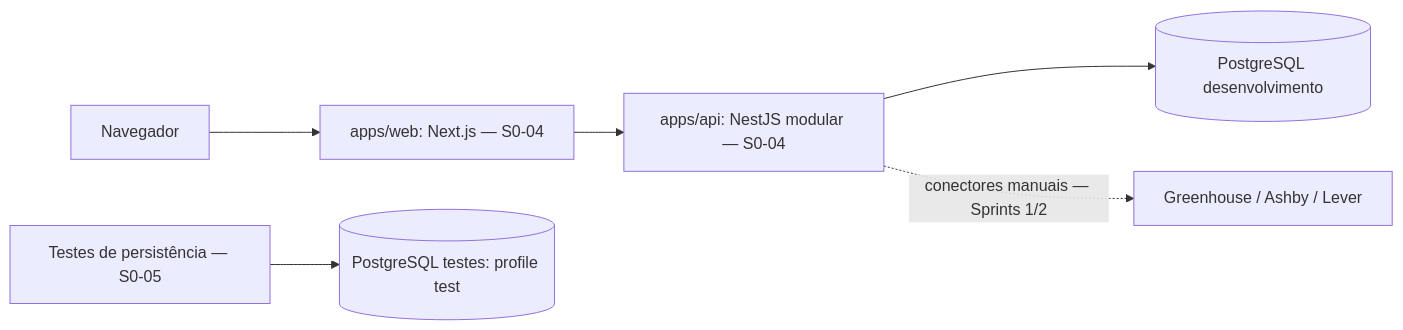
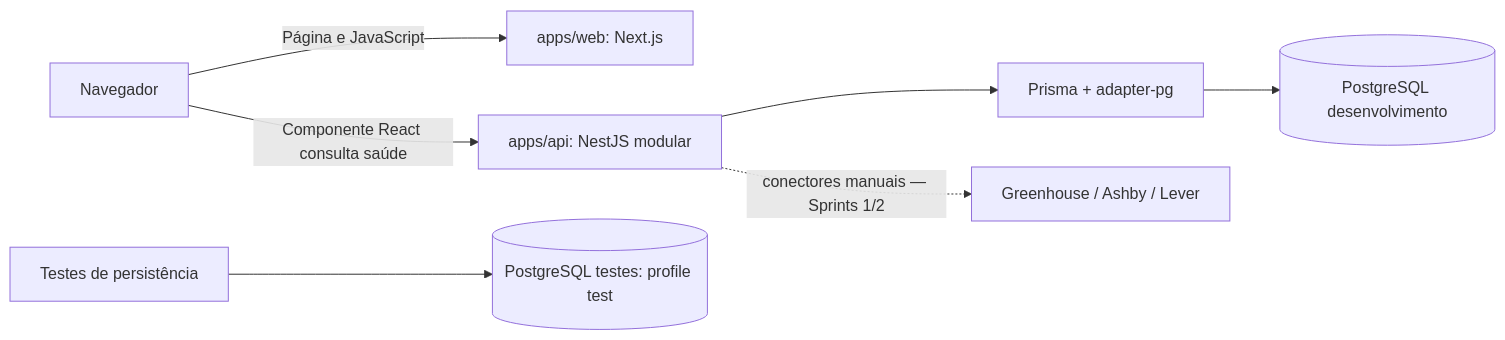
One commit to felipe-rodriguesz/InternRadar changed the diagram in docs/architecture.md. Above: the diagram before and after it, drawn with Mermaid. The commit also changed other lines of this file and 11 other files, not shown here.

````diff
--- a/docs/architecture.md
+++ b/docs/architecture.md
@@ -5,8 +5,9 @@
 ```mermaid
 flowchart LR
-  Browser[Navegador] --> Web[apps/web: Next.js — S0-04]
-  Web --> API[apps/api: NestJS modular — S0-04]
-  API --> DB[(PostgreSQL desenvolvimento)]
+  Browser[Navegador] -->|Página e JavaScript| Web[apps/web: Next.js]
+  Browser -->|Componente React consulta saúde| API[apps/api: NestJS modular]
+  API --> Prisma[Prisma + adapter-pg]
+  Prisma --> DB[(PostgreSQL desenvolvimento)]
   API -. conectores manuais — Sprints 1/2 .-> Sources[Greenhouse / Ashby / Lever]
-  Tests[Testes de persistência — S0-05] --> TestDB[(PostgreSQL testes: profile test)]
+  Tests[Testes de persistência] --> TestDB[(PostgreSQL testes: profile test)]
 ```
````
